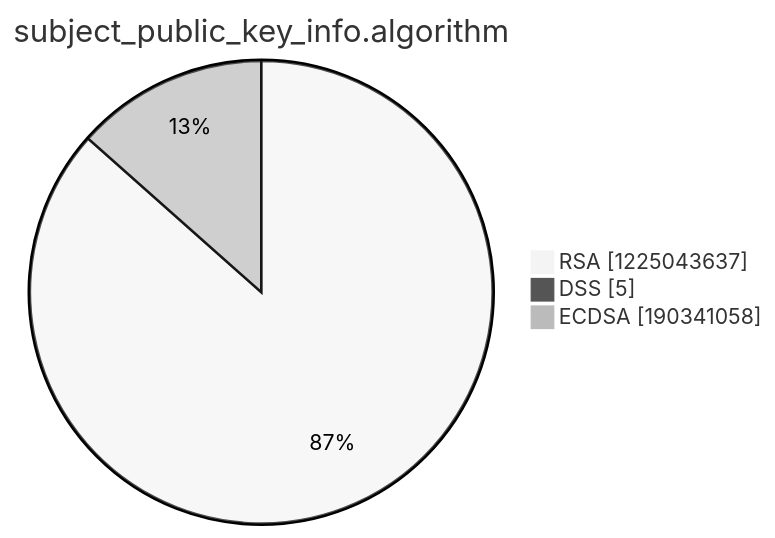
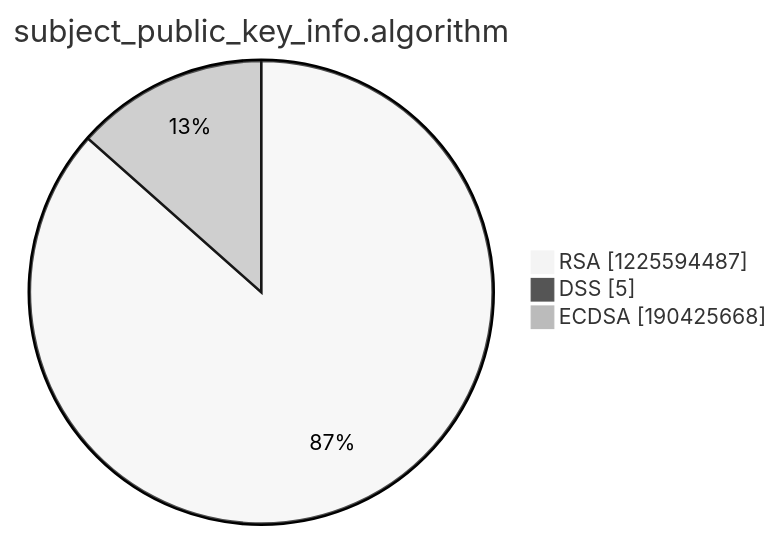
The third of 15 diagrams in argon2022/README.md (christiankrug/ctmonitor_visualization), drawn with Mermaid (neutral theme) before and after one commit. The commit also changed other lines of this file, not shown here.

````diff
--- a/argon2022/README.md
+++ b/argon2022/README.md
@@ -14,7 +14,7 @@
 ```mermaid
 pie showData
 title subject_public_key_info.algorithm
-"RSA" :1225043637
+"RSA" :1225594487
 "DSS" :5
-"ECDSA" :190341058
+"ECDSA" :190425668
 ```
````
